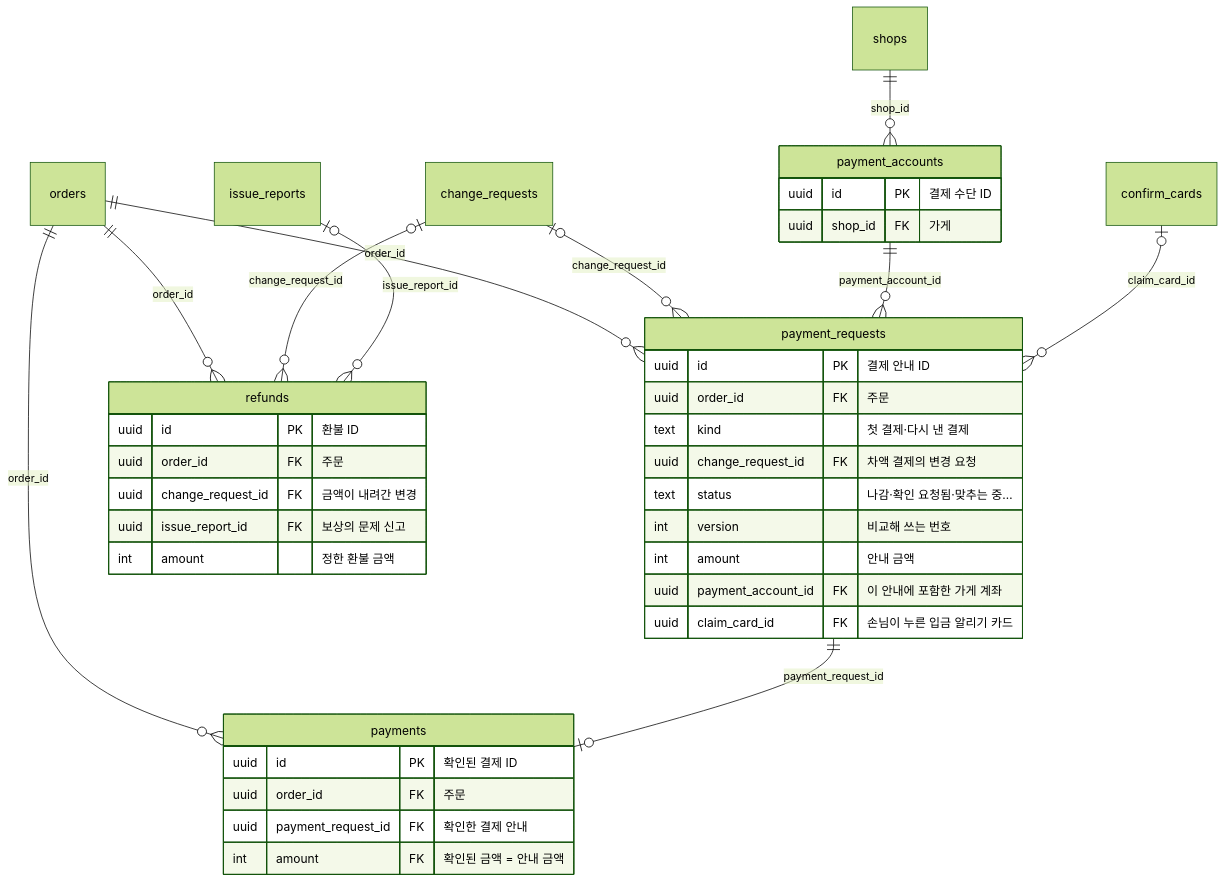
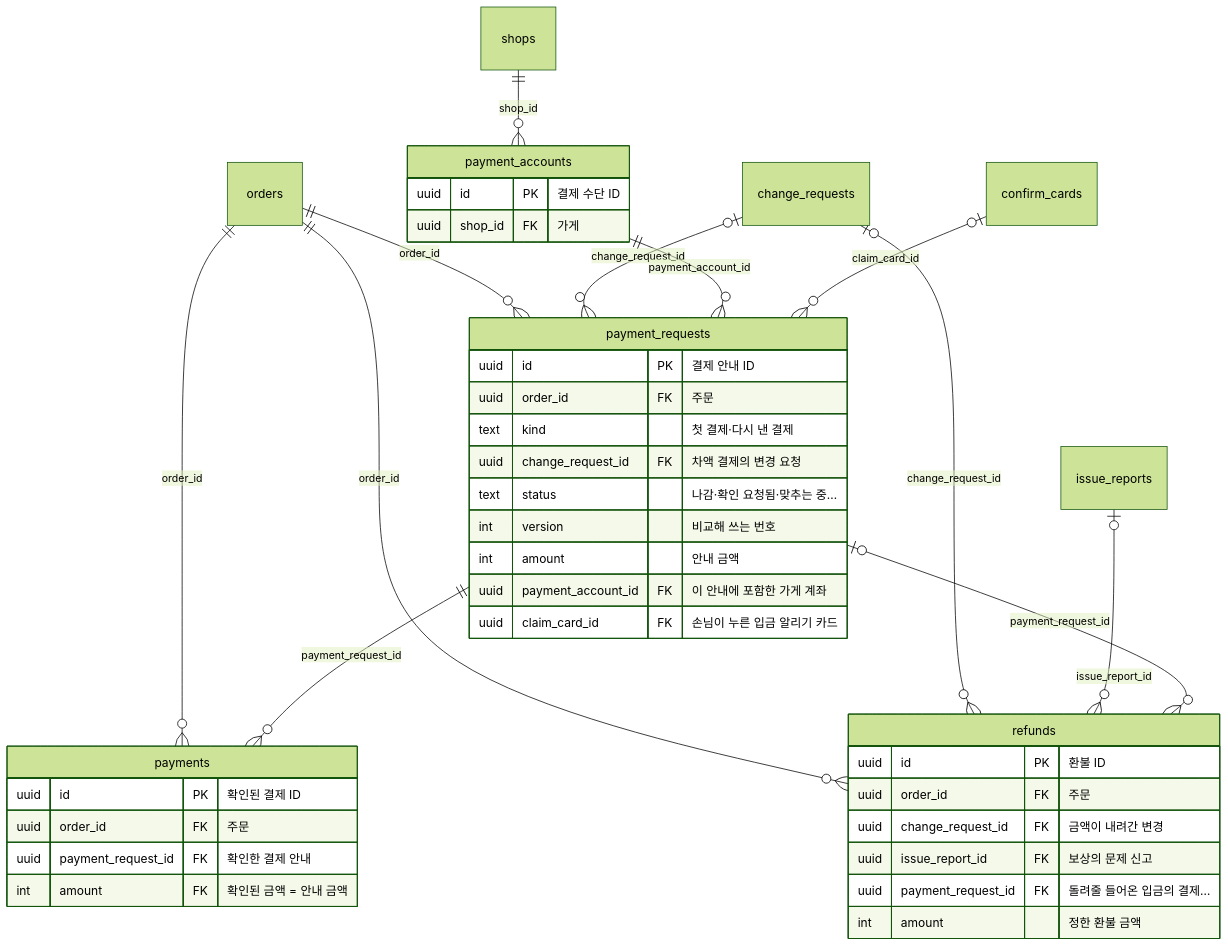
Before and after one commit to kodonghui/siljang.ai: the fifth of 11 diagrams in docs/05-erd/README.md, drawn with Mermaid (forest theme). The commit also changed other lines of this file and 35 other files, not shown here.

````diff
--- a/docs/05-erd/README.md
+++ b/docs/05-erd/README.md
@@ -409,41 +411,43 @@
 ```mermaid
 erDiagram
   payment_accounts {
     uuid id PK "결제 수단 ID"
     uuid shop_id FK "가게"
   }
   payment_requests {
     uuid id PK "결제 안내 ID"
     uuid order_id FK "주문"
     text kind "첫 결제·다시 낸 결제"
     uuid change_request_id FK "차액 결제의 변경 요청"
     text status "나감·확인 요청됨·맞추는 중…"
     int version "비교해 쓰는 번호"
     int amount "안내 금액"
     uuid payment_account_id FK "이 안내에 포함한 가게 계좌"
     uuid claim_card_id FK "손님이 누른 입금 알리기 카드"
   }
   payments {
     uuid id PK "확인된 결제 ID"
     uuid order_id FK "주문"
     uuid payment_request_id FK "확인한 결제 안내"
     int amount FK "확인된 금액 = 안내 금액"
   }
   refunds {
     uuid id PK "환불 ID"
     uuid order_id FK "주문"
     uuid change_request_id FK "금액이 내려간 변경"
     uuid issue_report_id FK "보상의 문제 신고"
+    uuid payment_request_id FK "돌려줄 들어온 입금의 결제…"
     int amount "정한 환불 금액"
   }
   shops ||--o{ payment_accounts : "shop_id"
   orders ||--o{ payment_requests : "order_id"
   change_requests |o--o{ payment_requests : "change_request_id"
   payment_accounts ||--o{ payment_requests : "payment_account_id"
   confirm_cards |o--o{ payment_requests : "claim_card_id"
   orders ||--o{ payments : "order_id"
-  payment_requests ||--o| payments : "payment_request_id"
+  payment_requests ||--o{ payments : "payment_request_id"
   orders ||--o{ refunds : "order_id"
   change_requests |o--o{ refunds : "change_request_id"
   issue_reports |o--o{ refunds : "issue_report_id"
+  payment_requests |o--o{ refunds : "payment_request_id"
 ```
````
